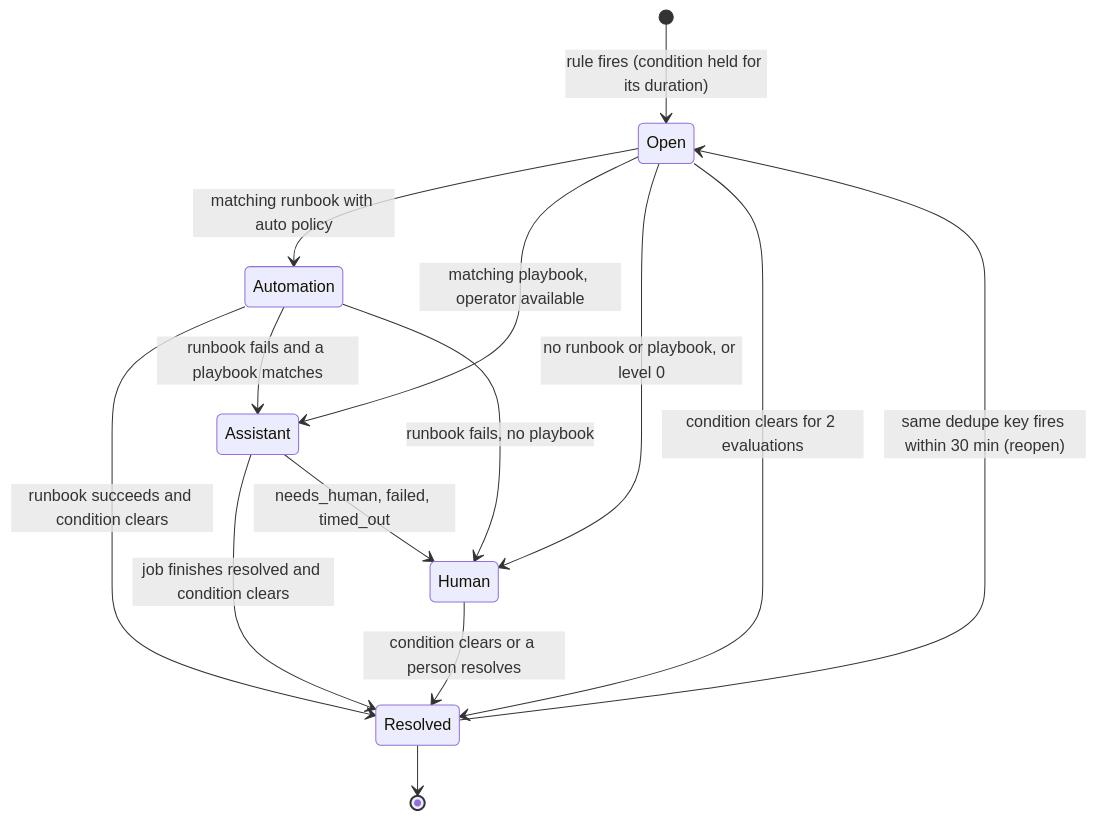
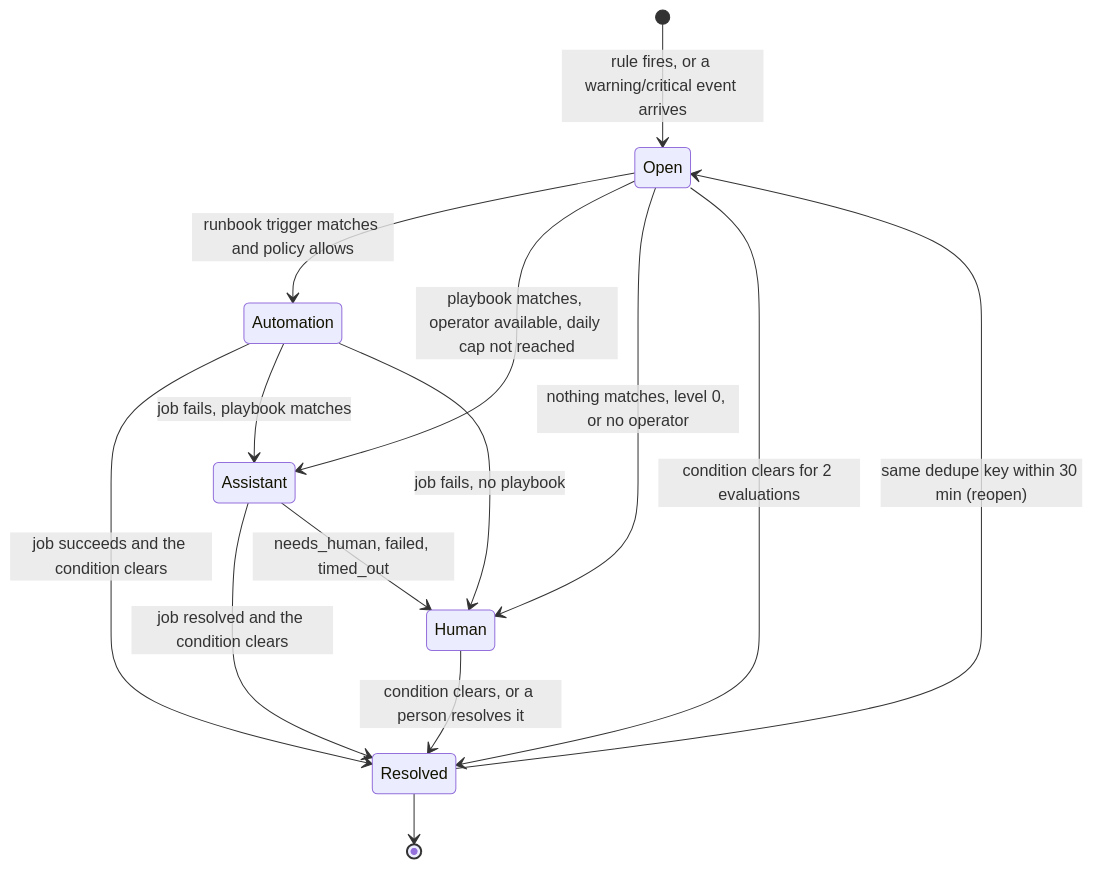
One commit to StrangeMatterStudio/Rackhand changed the fifth of 7 diagrams in docs/designs/0001-architecture/design.md. Above: the diagram before and after it, drawn with Mermaid. The commit also changed other lines of this file, not shown here.

````diff
--- a/docs/designs/0001-architecture/design.md
+++ b/docs/designs/0001-architecture/design.md
@@ -606,16 +831,16 @@
 ```mermaid
 stateDiagram-v2
-  [*] --> Open: rule fires (condition held for its duration)
-  Open --> Automation: matching runbook with auto policy
-  Open --> Assistant: matching playbook, operator available
-  Open --> Human: no runbook or playbook, or level 0
-  Automation --> Resolved: runbook succeeds and condition clears
-  Automation --> Assistant: runbook fails and a playbook matches
-  Automation --> Human: runbook fails, no playbook
-  Assistant --> Resolved: job finishes resolved and condition clears
+  [*] --> Open: rule fires, or a warning/critical event arrives
+  Open --> Automation: runbook trigger matches and policy allows
+  Open --> Assistant: playbook matches, operator available, daily cap not reached
+  Open --> Human: nothing matches, level 0, or no operator
+  Automation --> Resolved: job succeeds and the condition clears
+  Automation --> Assistant: job fails, playbook matches
+  Automation --> Human: job fails, no playbook
+  Assistant --> Resolved: job resolved and the condition clears
   Assistant --> Human: needs_human, failed, timed_out
-  Human --> Resolved: condition clears or a person resolves
+  Human --> Resolved: condition clears, or a person resolves it
   Open --> Resolved: condition clears for 2 evaluations
-  Resolved --> Open: same dedupe key fires within 30 min (reopen)
+  Resolved --> Open: same dedupe key within 30 min (reopen)
   Resolved --> [*]
 ```
````
